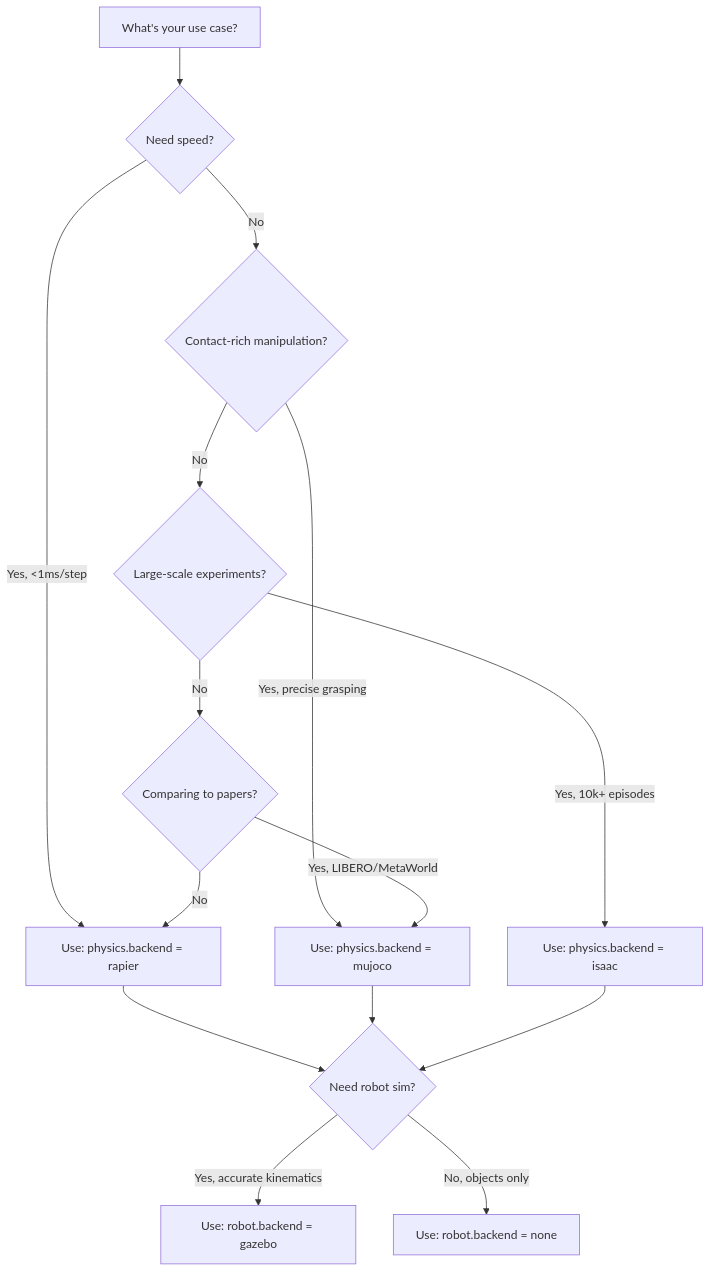
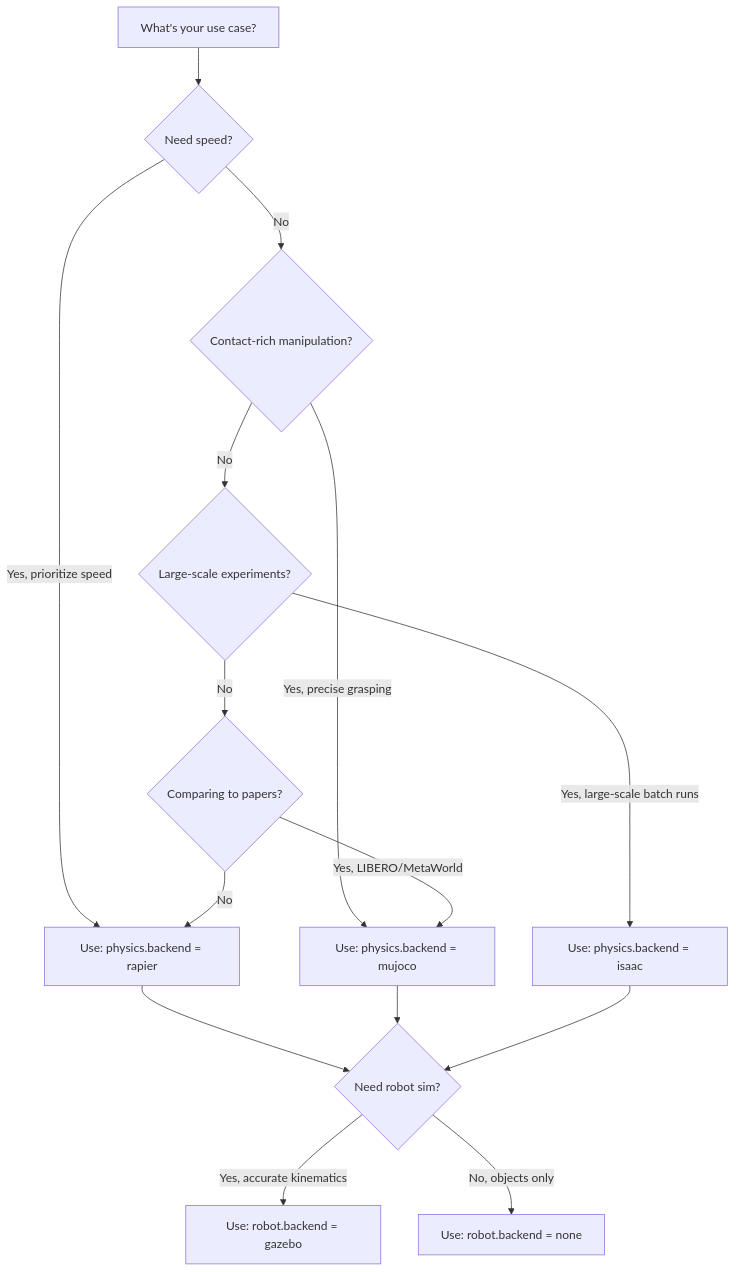
The sixth of 10 diagrams in DIAGRAMS.md (sepahead/prisoma), drawn with Mermaid before and after one commit. The commit also changed other lines of this file and 8 other files, not shown here.

````diff
--- a/DIAGRAMS.md
+++ b/DIAGRAMS.md
@@ -234,23 +234,23 @@
 ```mermaid
 flowchart TD
     UseCase[What's your use case?] --> Speed{Need speed?}
     
-    Speed -->|Yes, <1ms/step| Rapier[Use: physics.backend = rapier]
+    Speed -->|Yes, prioritize speed| Rapier[Use: physics.backend = rapier]
     Speed -->|No| Contact{Contact-rich manipulation?}
     
     Contact -->|Yes, precise grasping| MuJoCo[Use: physics.backend = mujoco]
     Contact -->|No| Batch{Large-scale experiments?}
     
-    Batch -->|Yes, 10k+ episodes| Isaac[Use: physics.backend = isaac]
+    Batch -->|Yes, large-scale batch runs| Isaac[Use: physics.backend = isaac]
     Batch -->|No| Benchmark{Comparing to papers?}
     
     Benchmark -->|Yes, LIBERO/MetaWorld| MuJoCo
     Benchmark -->|No| Rapier
     
     Rapier --> Robot{Need robot sim?}
     MuJoCo --> Robot
     Isaac --> Robot
     
     Robot -->|Yes, accurate kinematics| Gazebo[Use: robot.backend = gazebo]
     Robot -->|No, objects only| None[Use: robot.backend = none]
 ```
````
